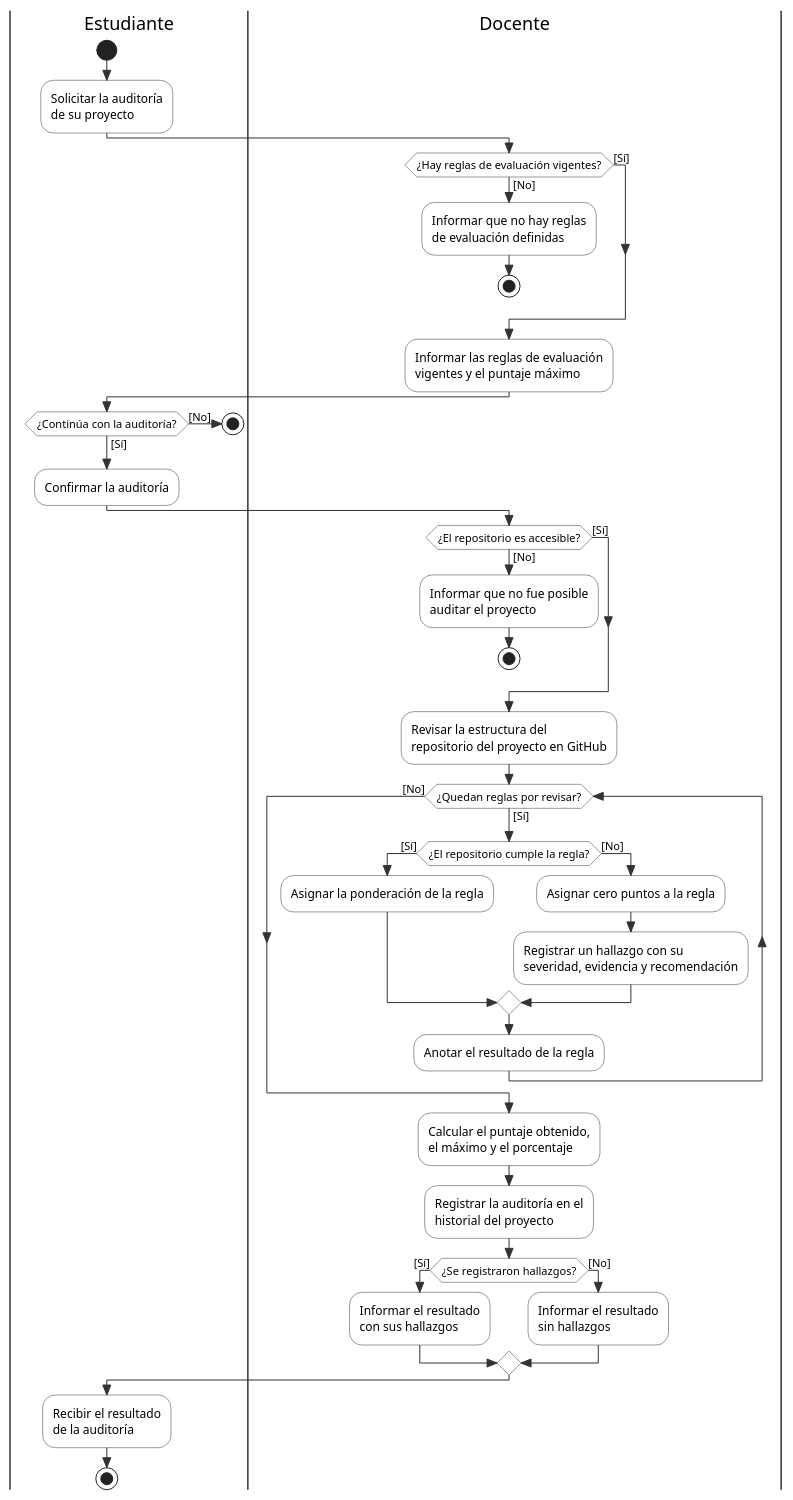
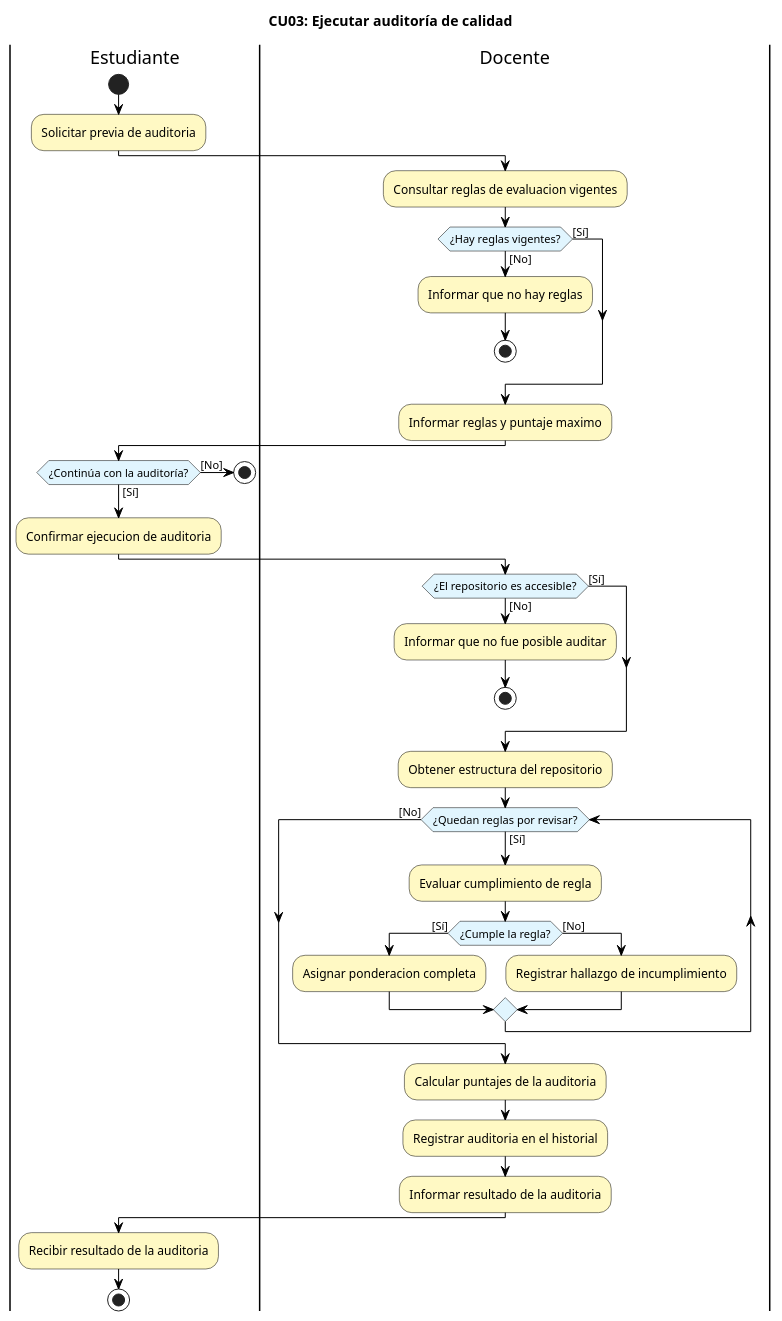
Before and after one commit to ErickBaja05/GR4_1BT3_622_26B: the diagram in docs/incremento1/activityDiagrams/cu03-ejecutarAuditoria.puml, drawn with PlantUML.

Commit message:
doc: coreccion actividades3.puml

```diff
--- a/docs/incremento1/activityDiagrams/cu03-ejecutarAuditoria.puml
+++ b/docs/incremento1/activityDiagrams/cu03-ejecutarAuditoria.puml
@@ -1,69 +1,56 @@
-@startuml cu03_negocio_v3_completa
-skinparam style strictuml
-skinparam defaultFontName Arial
-skinparam ActivityBackgroundColor #FFFFFF
-skinparam ActivityBorderColor #333333
-skinparam ActivityDiamondBackgroundColor #FFFFFF
-skinparam ActivityDiamondBorderColor #333333
-skinparam SwimlaneBorderColor #333333
-skinparam ArrowColor #333333
+@startuml
+skinparam activity {
+  BackgroundColor #FFF9C4
+  BorderColor Black
+  FontColor Black
+  ArrowColor Black
+  DiamondBackgroundColor #E1F5FE
+  DiamondBorderColor Black
+  DiamondFontColor Black
+}
+
+title CU03: Ejecutar auditoría de calidad
 
 |Estudiante|
 start
-:Solicitar la auditoría
-de su proyecto;
+:Solicitar previa de auditoria;
 
 |Docente|
-if (¿Hay reglas de evaluación vigentes?) then ([No])
-  :Informar que no hay reglas
-  de evaluación definidas;
+:Consultar reglas de evaluacion vigentes;
+if (¿Hay reglas vigentes?) then ([No])
+  :Informar que no hay reglas;
   stop
 else ([Sí])
 endif
-:Informar las reglas de evaluación
-vigentes y el puntaje máximo;
+:Informar reglas y puntaje maximo;
 
 |Estudiante|
 if (¿Continúa con la auditoría?) then ([No])
   stop
 else ([Sí])
 endif
-:Confirmar la auditoría;
+:Confirmar ejecucion de auditoria;
 
 |Docente|
 if (¿El repositorio es accesible?) then ([No])
-  :Informar que no fue posible
-  auditar el proyecto;
+  :Informar que no fue posible auditar;
   stop
 else ([Sí])
 endif
-:Revisar la estructura del
-repositorio del proyecto en GitHub;
+:Obtener estructura del repositorio;
 while (¿Quedan reglas por revisar?) is ([Sí])
-  if (¿El repositorio cumple la regla?) then ([Sí])
-    :Asignar la ponderación de la regla;
+  :Evaluar cumplimiento de regla;
+  if (¿Cumple la regla?) then ([Sí])
+    :Asignar ponderacion completa;
   else ([No])
-    :Asignar cero puntos a la regla;
-    :Registrar un hallazgo con su
-    severidad, evidencia y recomendación;
+    :Registrar hallazgo de incumplimiento;
   endif
-  :Anotar el resultado de la regla;
 endwhile ([No])
-:Calcular el puntaje obtenido,
-el máximo y el porcentaje;
-:Registrar la auditoría en el
-historial del proyecto;
-if (¿Se registraron hallazgos?) then ([Sí])
-  :Informar el resultado
-  con sus hallazgos;
-else ([No])
-  :Informar el resultado
-  sin hallazgos;
-endif
+:Calcular puntajes de la auditoria;
+:Registrar auditoria en el historial;
+:Informar resultado de la auditoria;
 
 |Estudiante|
-:Recibir el resultado
-de la auditoría;
+:Recibir resultado de la auditoria;
 stop
-
 @enduml
```
